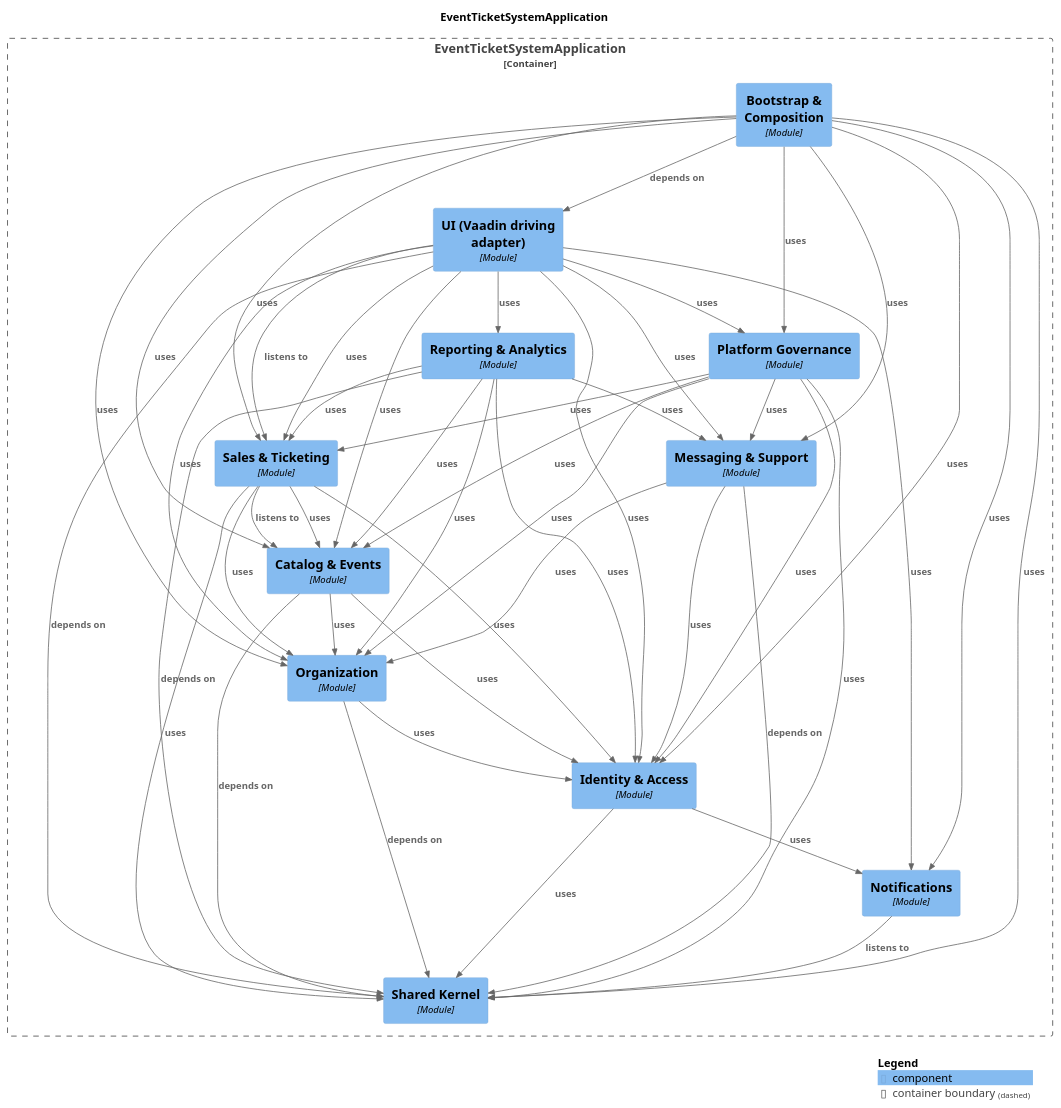
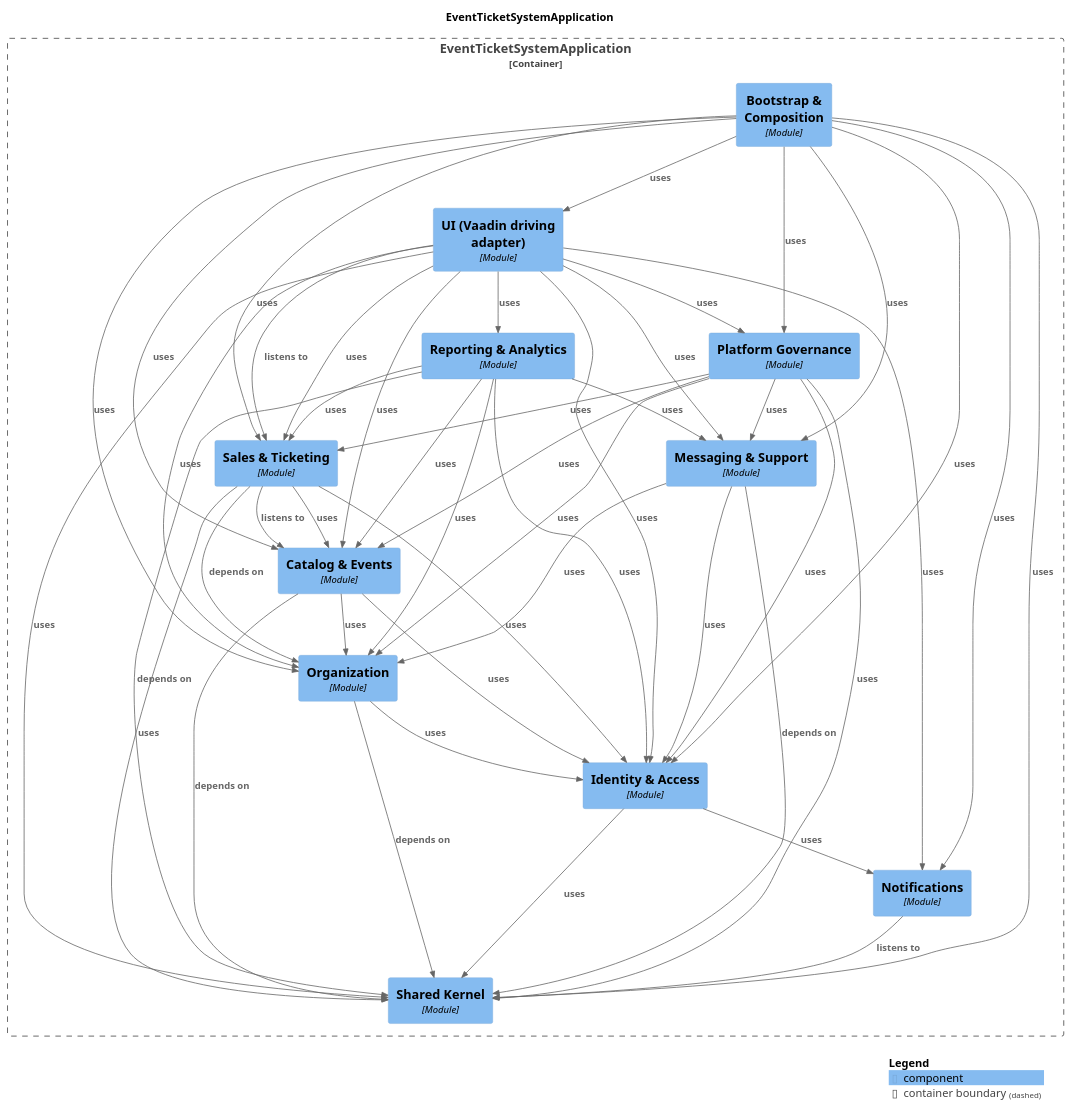
One commit to NaimElijah/Ticketeer changed the diagram in docs/architecture/components.puml. Above: the diagram before and after it, drawn with PlantUML. The commit also changed 16 other files, not shown here.

First line of the commit message:
docs(architecture): refresh the Modulith snapshot

```diff
--- a/docs/architecture/components.puml
+++ b/docs/architecture/components.puml
@@ -22,37 +22,28 @@
   Component(EventTicketSystemApplication.EventTicketSystemApplication.SalesTicketing, "Sales & Ticketing", $techn="Module", $descr="", $tags="", $link="")
 }
 
-Rel(EventTicketSystemApplication.EventTicketSystemApplication.CatalogEvents, EventTicketSystemApplication.EventTicketSystemApplication.SharedKernel, "depends on", $techn="", $tags="", $link="")
-Rel(EventTicketSystemApplication.EventTicketSystemApplication.CatalogEvents, EventTicketSystemApplication.EventTicketSystemApplication.IdentityAccess, "uses", $techn="", $tags="", $link="")
-Rel(EventTicketSystemApplication.EventTicketSystemApplication.CatalogEvents, EventTicketSystemApplication.EventTicketSystemApplication.Organization, "uses", $techn="", $tags="", $link="")
+Rel(EventTicketSystemApplication.EventTicketSystemApplication.SalesTicketing, EventTicketSystemApplication.EventTicketSystemApplication.IdentityAccess, "uses", $techn="", $tags="", $link="")
+Rel(EventTicketSystemApplication.EventTicketSystemApplication.Notifications, EventTicketSystemApplication.EventTicketSystemApplication.SharedKernel, "listens to", $techn="", $tags="", $link="")
 Rel(EventTicketSystemApplication.EventTicketSystemApplication.PlatformGovernance, EventTicketSystemApplication.EventTicketSystemApplication.IdentityAccess, "uses", $techn="", $tags="", $link="")
 Rel(EventTicketSystemApplication.EventTicketSystemApplication.PlatformGovernance, EventTicketSystemApplication.EventTicketSystemApplication.SalesTicketing, "uses", $techn="", $tags="", $link="")
 Rel(EventTicketSystemApplication.EventTicketSystemApplication.PlatformGovernance, EventTicketSystemApplication.EventTicketSystemApplication.CatalogEvents, "uses", $techn="", $tags="", $link="")
 Rel(EventTicketSystemApplication.EventTicketSystemApplication.PlatformGovernance, EventTicketSystemApplication.EventTicketSystemApplication.Organization, "uses", $techn="", $tags="", $link="")
 Rel(EventTicketSystemApplication.EventTicketSystemApplication.PlatformGovernance, EventTicketSystemApplication.EventTicketSystemApplication.SharedKernel, "uses", $techn="", $tags="", $link="")
 Rel(EventTicketSystemApplication.EventTicketSystemApplication.PlatformGovernance, EventTicketSystemApplication.EventTicketSystemApplication.MessagingSupport, "uses", $techn="", $tags="", $link="")
-Rel(EventTicketSystemApplication.EventTicketSystemApplication.MessagingSupport, EventTicketSystemApplication.EventTicketSystemApplication.SharedKernel, "depends on", $techn="", $tags="", $link="")
-Rel(EventTicketSystemApplication.EventTicketSystemApplication.MessagingSupport, EventTicketSystemApplication.EventTicketSystemApplication.IdentityAccess, "uses", $techn="", $tags="", $link="")
-Rel(EventTicketSystemApplication.EventTicketSystemApplication.MessagingSupport, EventTicketSystemApplication.EventTicketSystemApplication.Organization, "uses", $techn="", $tags="", $link="")
-Rel(EventTicketSystemApplication.EventTicketSystemApplication.SalesTicketing, EventTicketSystemApplication.EventTicketSystemApplication.CatalogEvents, "listens to", $techn="", $tags="", $link="")
-Rel(EventTicketSystemApplication.EventTicketSystemApplication.SalesTicketing, EventTicketSystemApplication.EventTicketSystemApplication.SharedKernel, "uses", $techn="", $tags="", $link="")
-Rel(EventTicketSystemApplication.EventTicketSystemApplication.SalesTicketing, EventTicketSystemApplication.EventTicketSystemApplication.CatalogEvents, "uses", $techn="", $tags="", $link="")
-Rel(EventTicketSystemApplication.EventTicketSystemApplication.SalesTicketing, EventTicketSystemApplication.EventTicketSystemApplication.IdentityAccess, "uses", $techn="", $tags="", $link="")
-Rel(EventTicketSystemApplication.EventTicketSystemApplication.SalesTicketing, EventTicketSystemApplication.EventTicketSystemApplication.Organization, "uses", $techn="", $tags="", $link="")
-Rel(EventTicketSystemApplication.EventTicketSystemApplication.IdentityAccess, EventTicketSystemApplication.EventTicketSystemApplication.Notifications, "uses", $techn="", $tags="", $link="")
-Rel(EventTicketSystemApplication.EventTicketSystemApplication.IdentityAccess, EventTicketSystemApplication.EventTicketSystemApplication.SharedKernel, "uses", $techn="", $tags="", $link="")
-Rel(EventTicketSystemApplication.EventTicketSystemApplication.BootstrapComposition, EventTicketSystemApplication.EventTicketSystemApplication.UIVaadindrivingadapter, "depends on", $techn="", $tags="", $link="")
+Rel(EventTicketSystemApplication.EventTicketSystemApplication.BootstrapComposition, EventTicketSystemApplication.EventTicketSystemApplication.IdentityAccess, "uses", $techn="", $tags="", $link="")
 Rel(EventTicketSystemApplication.EventTicketSystemApplication.BootstrapComposition, EventTicketSystemApplication.EventTicketSystemApplication.PlatformGovernance, "uses", $techn="", $tags="", $link="")
 Rel(EventTicketSystemApplication.EventTicketSystemApplication.BootstrapComposition, EventTicketSystemApplication.EventTicketSystemApplication.SalesTicketing, "uses", $techn="", $tags="", $link="")
 Rel(EventTicketSystemApplication.EventTicketSystemApplication.BootstrapComposition, EventTicketSystemApplication.EventTicketSystemApplication.CatalogEvents, "uses", $techn="", $tags="", $link="")
 Rel(EventTicketSystemApplication.EventTicketSystemApplication.BootstrapComposition, EventTicketSystemApplication.EventTicketSystemApplication.Organization, "uses", $techn="", $tags="", $link="")
 Rel(EventTicketSystemApplication.EventTicketSystemApplication.BootstrapComposition, EventTicketSystemApplication.EventTicketSystemApplication.MessagingSupport, "uses", $techn="", $tags="", $link="")
 Rel(EventTicketSystemApplication.EventTicketSystemApplication.BootstrapComposition, EventTicketSystemApplication.EventTicketSystemApplication.Notifications, "uses", $techn="", $tags="", $link="")
-Rel(EventTicketSystemApplication.EventTicketSystemApplication.BootstrapComposition, EventTicketSystemApplication.EventTicketSystemApplication.IdentityAccess, "uses", $techn="", $tags="", $link="")
 Rel(EventTicketSystemApplication.EventTicketSystemApplication.BootstrapComposition, EventTicketSystemApplication.EventTicketSystemApplication.SharedKernel, "uses", $techn="", $tags="", $link="")
-Rel(EventTicketSystemApplication.EventTicketSystemApplication.Notifications, EventTicketSystemApplication.EventTicketSystemApplication.SharedKernel, "listens to", $techn="", $tags="", $link="")
+Rel(EventTicketSystemApplication.EventTicketSystemApplication.BootstrapComposition, EventTicketSystemApplication.EventTicketSystemApplication.UIVaadindrivingadapter, "uses", $techn="", $tags="", $link="")
 Rel(EventTicketSystemApplication.EventTicketSystemApplication.Organization, EventTicketSystemApplication.EventTicketSystemApplication.SharedKernel, "depends on", $techn="", $tags="", $link="")
 Rel(EventTicketSystemApplication.EventTicketSystemApplication.Organization, EventTicketSystemApplication.EventTicketSystemApplication.IdentityAccess, "uses", $techn="", $tags="", $link="")
+Rel(EventTicketSystemApplication.EventTicketSystemApplication.MessagingSupport, EventTicketSystemApplication.EventTicketSystemApplication.SharedKernel, "depends on", $techn="", $tags="", $link="")
+Rel(EventTicketSystemApplication.EventTicketSystemApplication.MessagingSupport, EventTicketSystemApplication.EventTicketSystemApplication.IdentityAccess, "uses", $techn="", $tags="", $link="")
+Rel(EventTicketSystemApplication.EventTicketSystemApplication.MessagingSupport, EventTicketSystemApplication.EventTicketSystemApplication.Organization, "uses", $techn="", $tags="", $link="")
 Rel(EventTicketSystemApplication.EventTicketSystemApplication.ReportingAnalytics, EventTicketSystemApplication.EventTicketSystemApplication.SharedKernel, "depends on", $techn="", $tags="", $link="")
 Rel(EventTicketSystemApplication.EventTicketSystemApplication.ReportingAnalytics, EventTicketSystemApplication.EventTicketSystemApplication.CatalogEvents, "uses", $techn="", $tags="", $link="")
 Rel(EventTicketSystemApplication.EventTicketSystemApplication.ReportingAnalytics, EventTicketSystemApplication.EventTicketSystemApplication.SalesTicketing, "uses", $techn="", $tags="", $link="")
@@ -60,15 +51,24 @@
 Rel(EventTicketSystemApplication.EventTicketSystemApplication.ReportingAnalytics, EventTicketSystemApplication.EventTicketSystemApplication.Organization, "uses", $techn="", $tags="", $link="")
 Rel(EventTicketSystemApplication.EventTicketSystemApplication.ReportingAnalytics, EventTicketSystemApplication.EventTicketSystemApplication.IdentityAccess, "uses", $techn="", $tags="", $link="")
 Rel(EventTicketSystemApplication.EventTicketSystemApplication.UIVaadindrivingadapter, EventTicketSystemApplication.EventTicketSystemApplication.SalesTicketing, "listens to", $techn="", $tags="", $link="")
-Rel(EventTicketSystemApplication.EventTicketSystemApplication.UIVaadindrivingadapter, EventTicketSystemApplication.EventTicketSystemApplication.SharedKernel, "depends on", $techn="", $tags="", $link="")
 Rel(EventTicketSystemApplication.EventTicketSystemApplication.UIVaadindrivingadapter, EventTicketSystemApplication.EventTicketSystemApplication.SalesTicketing, "uses", $techn="", $tags="", $link="")
 Rel(EventTicketSystemApplication.EventTicketSystemApplication.UIVaadindrivingadapter, EventTicketSystemApplication.EventTicketSystemApplication.IdentityAccess, "uses", $techn="", $tags="", $link="")
+Rel(EventTicketSystemApplication.EventTicketSystemApplication.UIVaadindrivingadapter, EventTicketSystemApplication.EventTicketSystemApplication.PlatformGovernance, "uses", $techn="", $tags="", $link="")
 Rel(EventTicketSystemApplication.EventTicketSystemApplication.UIVaadindrivingadapter, EventTicketSystemApplication.EventTicketSystemApplication.ReportingAnalytics, "uses", $techn="", $tags="", $link="")
 Rel(EventTicketSystemApplication.EventTicketSystemApplication.UIVaadindrivingadapter, EventTicketSystemApplication.EventTicketSystemApplication.Organization, "uses", $techn="", $tags="", $link="")
-Rel(EventTicketSystemApplication.EventTicketSystemApplication.UIVaadindrivingadapter, EventTicketSystemApplication.EventTicketSystemApplication.PlatformGovernance, "uses", $techn="", $tags="", $link="")
 Rel(EventTicketSystemApplication.EventTicketSystemApplication.UIVaadindrivingadapter, EventTicketSystemApplication.EventTicketSystemApplication.CatalogEvents, "uses", $techn="", $tags="", $link="")
+Rel(EventTicketSystemApplication.EventTicketSystemApplication.UIVaadindrivingadapter, EventTicketSystemApplication.EventTicketSystemApplication.SharedKernel, "uses", $techn="", $tags="", $link="")
 Rel(EventTicketSystemApplication.EventTicketSystemApplication.UIVaadindrivingadapter, EventTicketSystemApplication.EventTicketSystemApplication.MessagingSupport, "uses", $techn="", $tags="", $link="")
 Rel(EventTicketSystemApplication.EventTicketSystemApplication.UIVaadindrivingadapter, EventTicketSystemApplication.EventTicketSystemApplication.Notifications, "uses", $techn="", $tags="", $link="")
+Rel(EventTicketSystemApplication.EventTicketSystemApplication.CatalogEvents, EventTicketSystemApplication.EventTicketSystemApplication.SharedKernel, "depends on", $techn="", $tags="", $link="")
+Rel(EventTicketSystemApplication.EventTicketSystemApplication.CatalogEvents, EventTicketSystemApplication.EventTicketSystemApplication.IdentityAccess, "uses", $techn="", $tags="", $link="")
+Rel(EventTicketSystemApplication.EventTicketSystemApplication.CatalogEvents, EventTicketSystemApplication.EventTicketSystemApplication.Organization, "uses", $techn="", $tags="", $link="")
+Rel(EventTicketSystemApplication.EventTicketSystemApplication.IdentityAccess, EventTicketSystemApplication.EventTicketSystemApplication.Notifications, "uses", $techn="", $tags="", $link="")
+Rel(EventTicketSystemApplication.EventTicketSystemApplication.IdentityAccess, EventTicketSystemApplication.EventTicketSystemApplication.SharedKernel, "uses", $techn="", $tags="", $link="")
+Rel(EventTicketSystemApplication.EventTicketSystemApplication.SalesTicketing, EventTicketSystemApplication.EventTicketSystemApplication.CatalogEvents, "listens to", $techn="", $tags="", $link="")
+Rel(EventTicketSystemApplication.EventTicketSystemApplication.SalesTicketing, EventTicketSystemApplication.EventTicketSystemApplication.Organization, "depends on", $techn="", $tags="", $link="")
+Rel(EventTicketSystemApplication.EventTicketSystemApplication.SalesTicketing, EventTicketSystemApplication.EventTicketSystemApplication.SharedKernel, "uses", $techn="", $tags="", $link="")
+Rel(EventTicketSystemApplication.EventTicketSystemApplication.SalesTicketing, EventTicketSystemApplication.EventTicketSystemApplication.CatalogEvents, "uses", $techn="", $tags="", $link="")
 
 SHOW_LEGEND(true)
 @enduml
```
